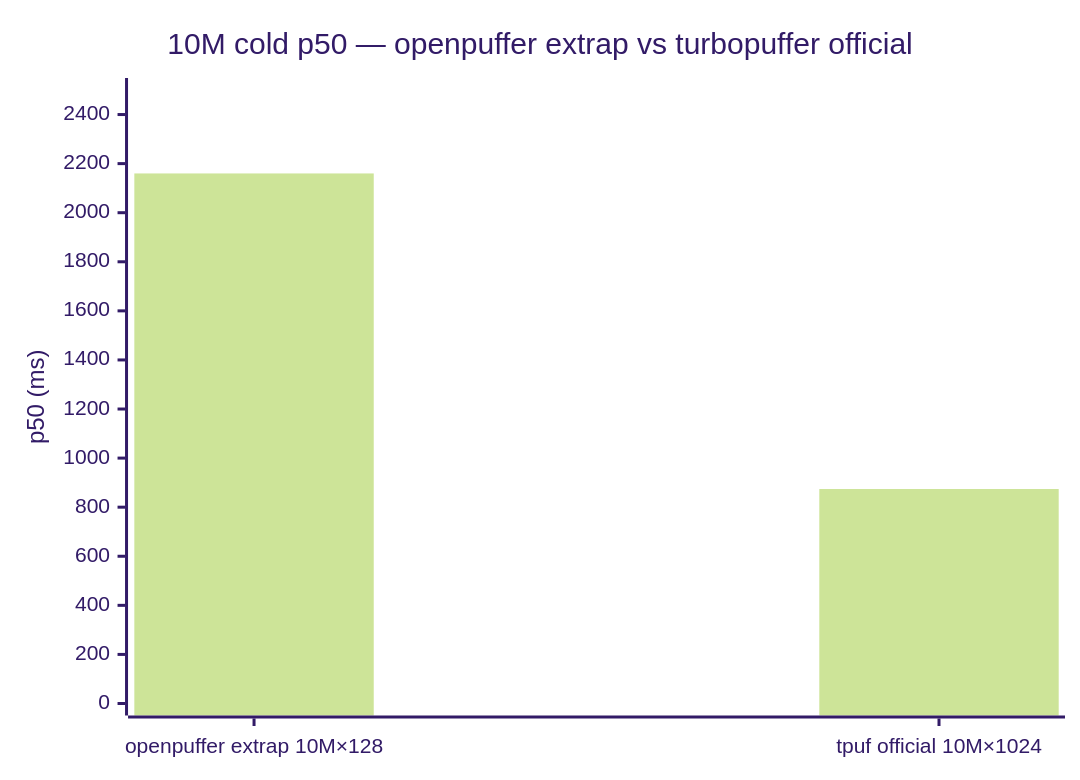
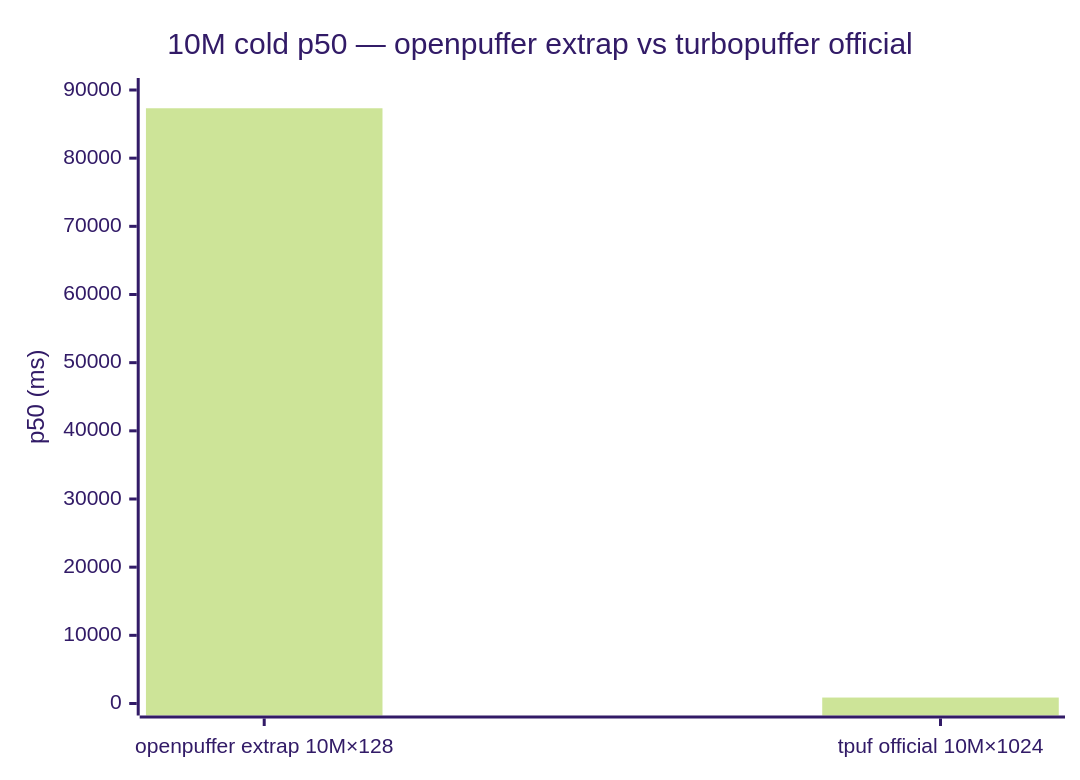
The second of 2 diagrams in docs/reports/BENCHMARK_VS_TURBOPUFFER_SCALING_2026-06-04.md (av/openpuffer), drawn with Mermaid (forest theme) before and after one commit. The commit also changed other lines of this file and 1 other file, not shown here.

````diff
--- a/docs/reports/BENCHMARK_VS_TURBOPUFFER_SCALING_2026-06-04.md
+++ b/docs/reports/BENCHMARK_VS_TURBOPUFFER_SCALING_2026-06-04.md
@@ -80,7 +82,7 @@
 ```mermaid
 xychart-beta
     title "10M cold p50 — openpuffer extrap vs turbopuffer official"
     x-axis ["openpuffer extrap 10M×128", "tpuf official 10M×1024"]
-    y-axis "p50 (ms)" 0 --> 2500
-    bar [2160, 874]
+    y-axis "p50 (ms)" 0 --> 90000
+    bar [87321, 874]
 ```
````
